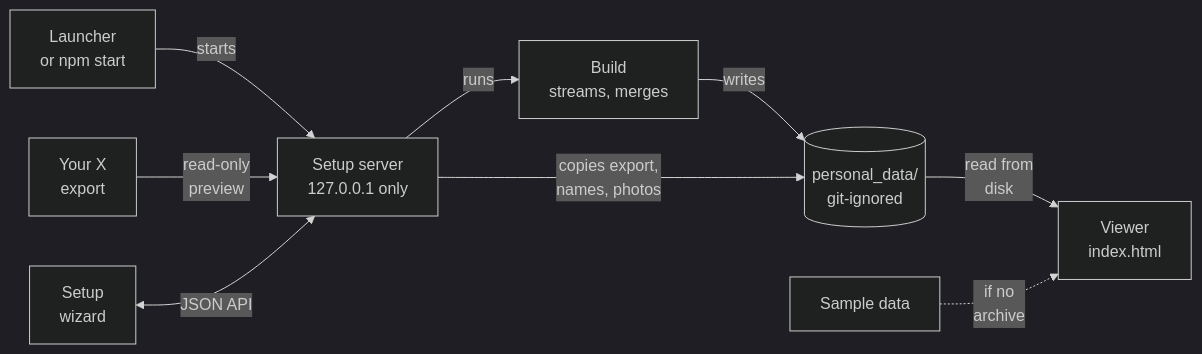
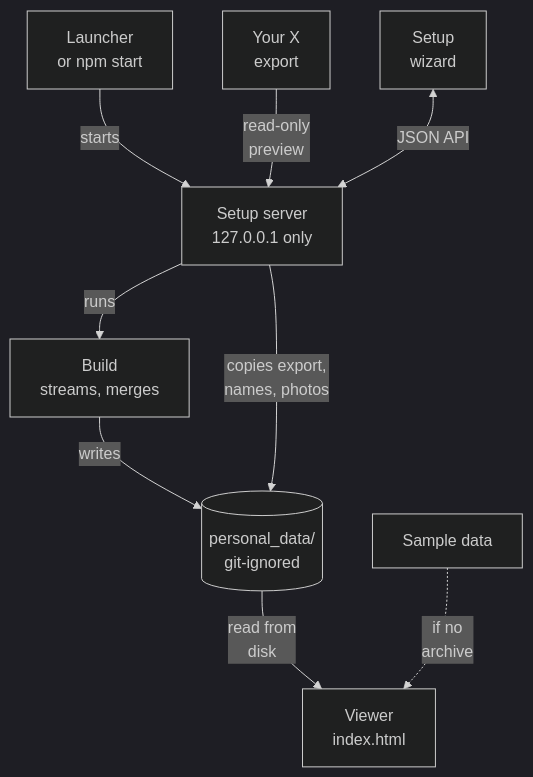
Before and after one commit to yib7/twitter_GC_archival: the diagram in README.md, drawn with Mermaid (dark theme). The commit also changed other lines of this file, not shown here.

Commit message:
docs(readme): name the served pages' one nonce'd script, qualify the server's role, split the Node requirement, stack the flow diagram

````diff
--- a/README.md
+++ b/README.md
@@ -159,11 +159,11 @@
 ```mermaid
-flowchart LR
+flowchart TD
   L["Launcher<br/>or npm start"] -->|starts| S
   X["Your X<br/>export"] -->|"read-only<br/>preview"| S
   W["Setup<br/>wizard"] <-->|"JSON API"| S["Setup server<br/>127.0.0.1 only"]
   S -->|"runs"| B["Build<br/>streams, merges"]
   B -->|"writes"| P[("personal_data/<br/>git-ignored")]
   S -->|"copies export,<br/>names, photos"| P
   P -->|"read from<br/>disk"| V["Viewer<br/>index.html"]
   D["Sample data"] -.->|"if no<br/>archive"| V
 ```
````
